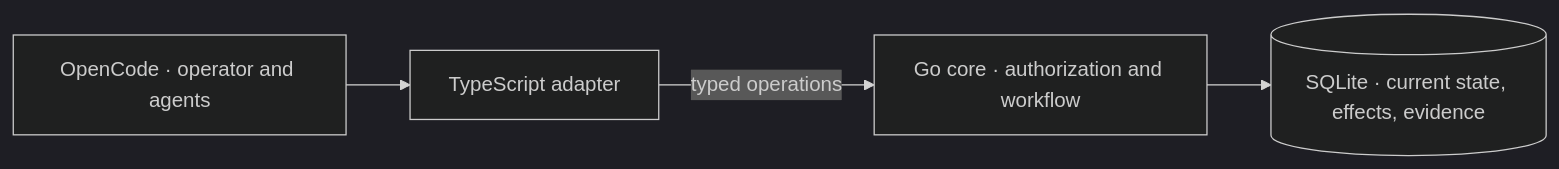
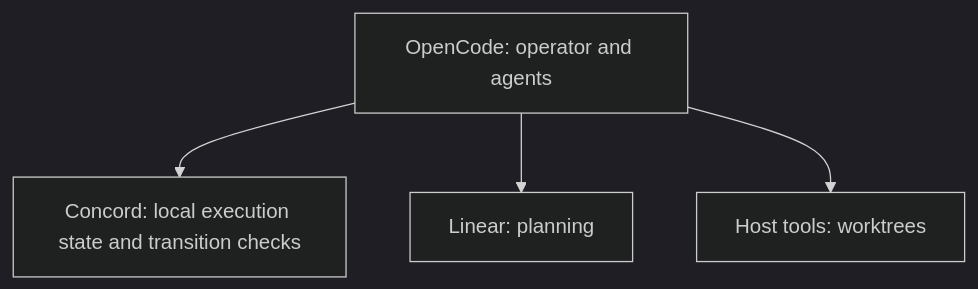
Before and after one commit to Sharper-Flow/concord: the second of 2 diagrams in README.md, drawn with Mermaid (dark theme). The commit also changed other lines of this file and 1 other file, not shown here.

````diff
--- a/README.md
+++ b/README.md
@@ -208,6 +94,6 @@
 ```mermaid
-flowchart LR
-    Host["OpenCode · operator and agents"] --> Adapter["TypeScript adapter"]
-    Adapter -->|typed operations| Core["Go core · authorization and workflow"]
-    Core --> Store[("SQLite · current state, effects, evidence")]
+flowchart TD
+    Host["OpenCode: operator and agents"] --> Concord["Concord: local execution state and transition checks"]
+    Host --> Linear["Linear: planning"]
+    Host --> Tools["Host tools: worktrees"]
 ```
````
